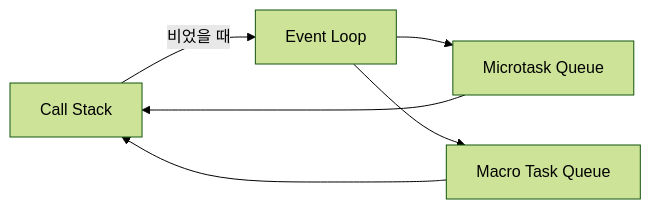
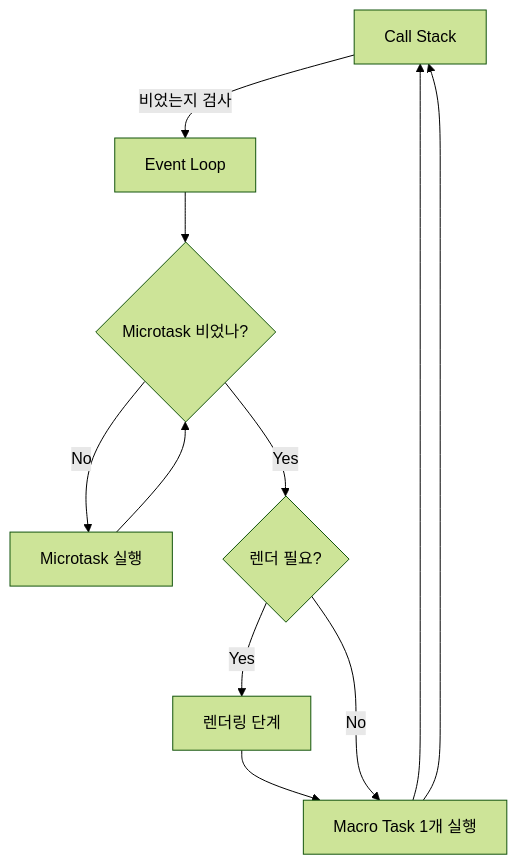
Before and after one commit to KdHyeon0661/KdHyeon0661.github.io: the diagram in _posts/2025-04-28-JS - Event Loop와 Task Queue.md, drawn with Mermaid (forest theme). The commit also changed other lines of this file and 216 other files, not shown here.

````diff
--- a/_posts/2025-04-28-JS - Event Loop와 Task Queue.md
+++ b/_posts/2025-04-28-JS - Event Loop와 Task Queue.md
@@ -51,6 +83,9 @@
 ```mermaid
-graph LR
-A[Call Stack] -->|비었을 때| B[Event Loop]
-B --> C[Microtask Queue] --> A
-B --> D[Macro Task Queue] --> A
+graph TD
+  A[Call Stack] -->|비었는지 검사| B[Event Loop]
+  B --> C{Microtask 비었나?}
+  C -- No --> D[Microtask 실행] --> C
+  C -- Yes --> E{렌더 필요?}
+  E -- Yes --> F[렌더링 단계] --> G[Macro Task 1개 실행] --> A
+  E -- No --> G --> A
 ```
````
